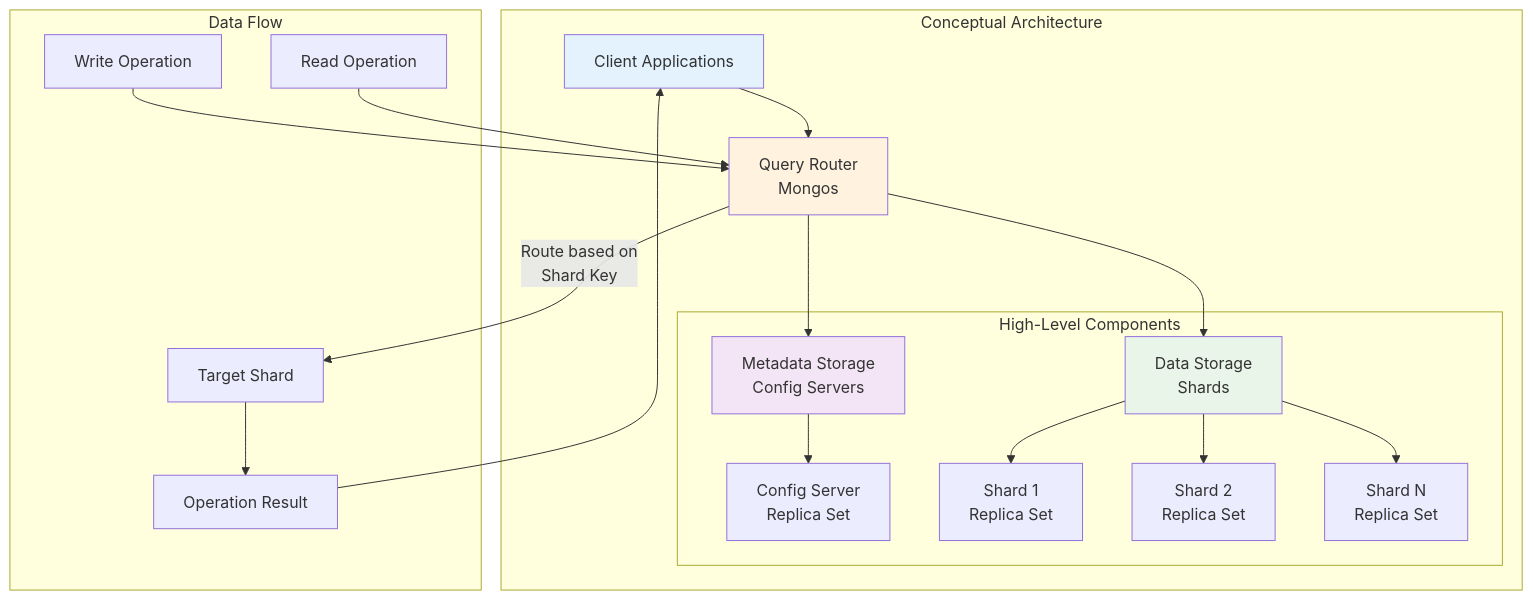
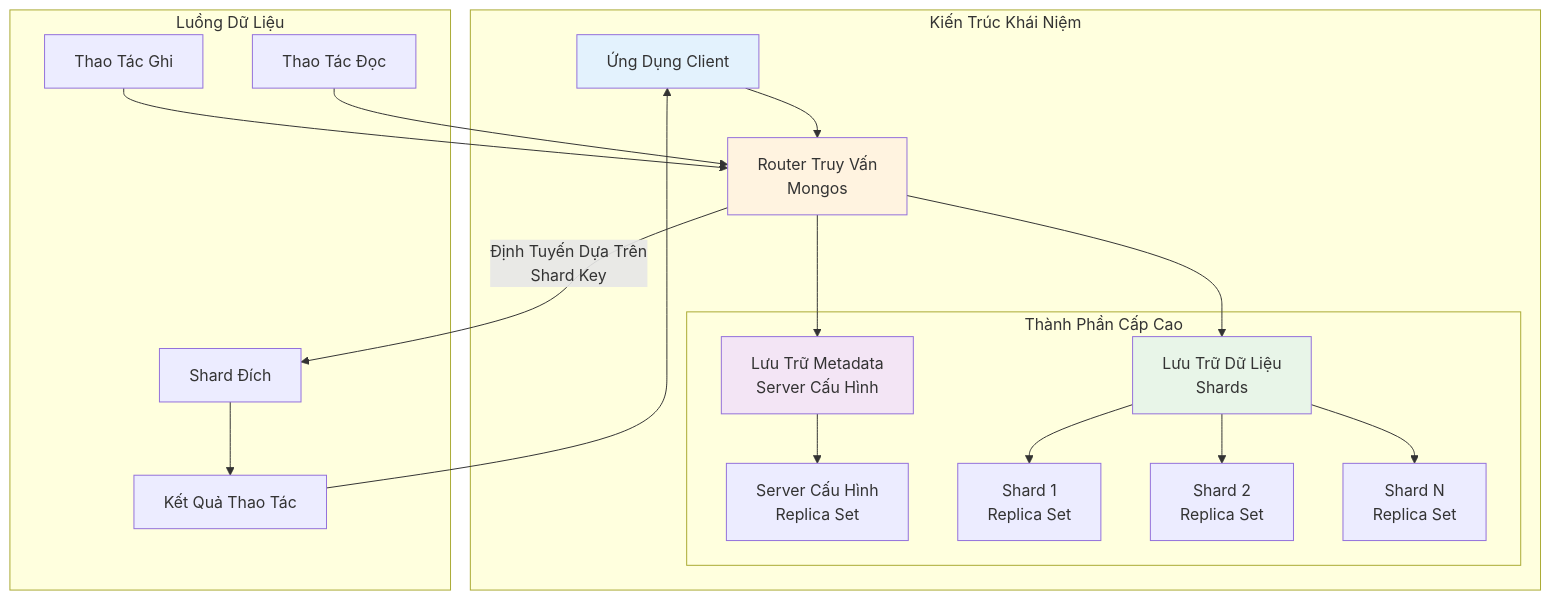
The first of 56 diagrams in DB/Mongo-Sharding/mongo-sharding-practice.md (ngockhanhvd2812/DBA), drawn with Mermaid before and after one commit. The commit also changed other lines of this file, not shown here.

````diff
--- a/DB/Mongo-Sharding/mongo-sharding-practice.md
+++ b/DB/Mongo-Sharding/mongo-sharding-practice.md
@@ -112,28 +112,28 @@
 ```mermaid
 flowchart TD
-    subgraph "Conceptual Architecture"
-        APP[Client Applications] --> ROUTER[Query Router<br/>Mongos]
-        ROUTER --> METADATA[Metadata Storage<br/>Config Servers]
-        ROUTER --> SHARDS[Data Storage<br/>Shards]
+    subgraph "Kiến Trúc Khái Niệm"
+        APP[Ứng Dụng Client] --> ROUTER[Router Truy Vấn<br/>Mongos]
+        ROUTER --> METADATA[Lưu Trữ Metadata<br/>Server Cấu Hình]
+        ROUTER --> SHARDS[Lưu Trữ Dữ Liệu<br/>Shards]
         
-        subgraph "High-Level Components"
-            METADATA --> CS[Config Server<br/>Replica Set]
+        subgraph "Thành Phần Cấp Cao"
+            METADATA --> CS[Server Cấu Hình<br/>Replica Set]
             SHARDS --> S1[Shard 1<br/>Replica Set]
             SHARDS --> S2[Shard 2<br/>Replica Set]
             SHARDS --> S3[Shard N<br/>Replica Set]
         end
     end
     
-    subgraph "Data Flow"
-        WRITE[Write Operation] --> ROUTER
-        READ[Read Operation] --> ROUTER
-        ROUTER --> |"Route based on<br/>Shard Key"| TARGET[Target Shard]
-        TARGET --> RESULT[Operation Result]
+    subgraph "Luồng Dữ Liệu"
+        WRITE[Thao Tác Ghi] --> ROUTER
+        READ[Thao Tác Đọc] --> ROUTER
+        ROUTER --> |"Định Tuyến Dựa Trên<br/>Shard Key"| TARGET[Shard Đích]
+        TARGET --> RESULT[Kết Quả Thao Tác]
         RESULT --> APP
     end
     
     style APP fill:#e3f2fd
     style ROUTER fill:#fff3e0
     style METADATA fill:#f3e5f5
     style SHARDS fill:#e8f5e8
 ```
````
